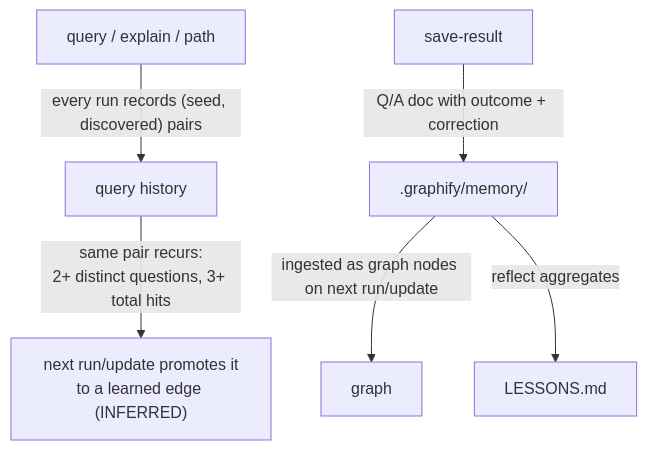
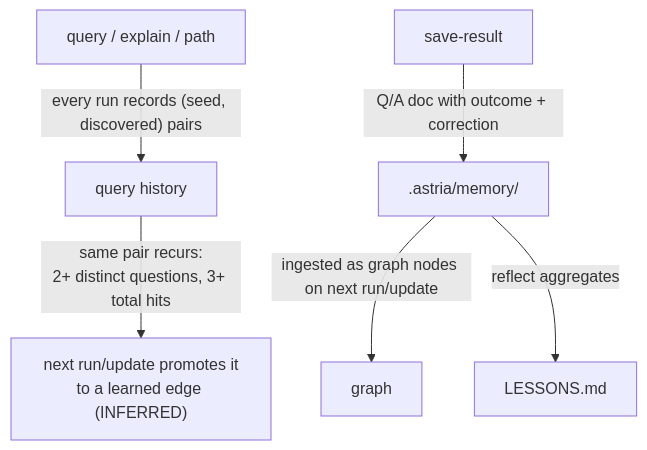
The diagram in website/docs/guides/memory-and-learning.md (Nodesify/astria), drawn with Mermaid before and after one commit. The commit also changed other lines of this file and 42 other files, not shown here.

````diff
--- a/website/docs/guides/memory-and-learning.md
+++ b/website/docs/guides/memory-and-learning.md
@@ -12,8 +12,8 @@
 ```mermaid
 flowchart TD
     A["query / explain / path"] -->|"every run records (seed, discovered) pairs"| B["query history"]
     B -->|"same pair recurs:<br/>2+ distinct questions, 3+ total hits"| C["next run/update promotes it<br/>to a learned edge (INFERRED)"]
-    D["save-result"] -->|"Q/A doc with outcome + correction"| E[".graphify/memory/"]
+    D["save-result"] -->|"Q/A doc with outcome + correction"| E[".astria/memory/"]
     E -->|"ingested as graph nodes on next run/update"| F["graph"]
     E -->|"reflect aggregates"| G["LESSONS.md"]
 ```
````
